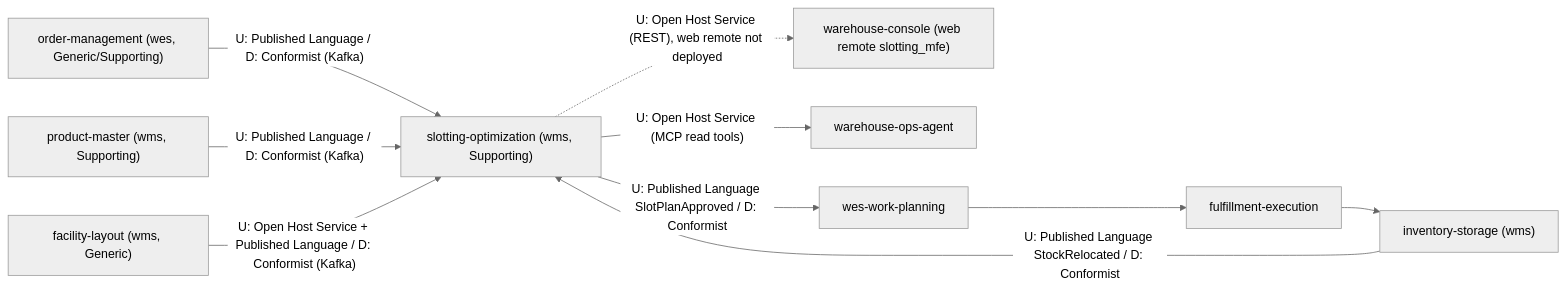
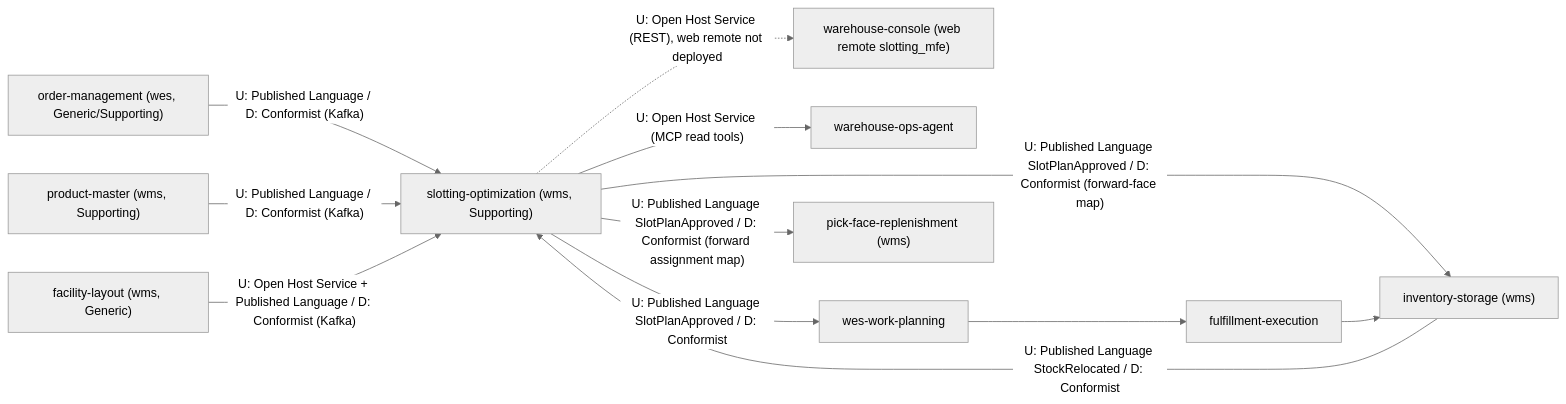
One commit to IQVO/slotting-optimization changed the diagram in docs/docs/ddd/context-map.md. Above: the diagram before and after it, drawn with Mermaid (neutral theme). The commit also changed other lines of this file and 16 other files, not shown here.

First line of the commit message:
docs(slotting-optimization): wired service, three SlotPlanApproved consumers, pack-level and StockRelocated consumers

````diff
--- a/docs/docs/ddd/context-map.md
+++ b/docs/docs/ddd/context-map.md
@@ -15,21 +15,24 @@
 ```mermaid
 flowchart LR
     om["order-management (wes, Generic/Supporting)"]
     pm["product-master (wms, Supporting)"]
     fl["facility-layout (wms, Generic)"]
     so["slotting-optimization (wms, Supporting)"]
     ui["warehouse-console (web remote slotting_mfe)"]
     ag["warehouse-ops-agent"]
     wwp["wes-work-planning"]
     fe["fulfillment-execution"]
     is["inventory-storage (wms)"]
+    pfr["pick-face-replenishment (wms)"]
     om -->|"U: Published Language / D: Conformist (Kafka)"| so
     pm -->|"U: Published Language / D: Conformist (Kafka)"| so
     fl -->|"U: Open Host Service + Published Language / D: Conformist (Kafka)"| so
     so -->|"U: Open Host Service (MCP read tools)"| ag
     so -.->|"U: Open Host Service (REST), web remote not deployed"| ui
     so -->|"U: Published Language SlotPlanApproved / D: Conformist"| wwp
+    so -->|"U: Published Language SlotPlanApproved / D: Conformist (forward-face map)"| is
+    so -->|"U: Published Language SlotPlanApproved / D: Conformist (forward assignment map)"| pfr
     wwp --> fe
     fe --> is
     is -->|"U: Published Language StockRelocated / D: Conformist"| so
 ```
````
